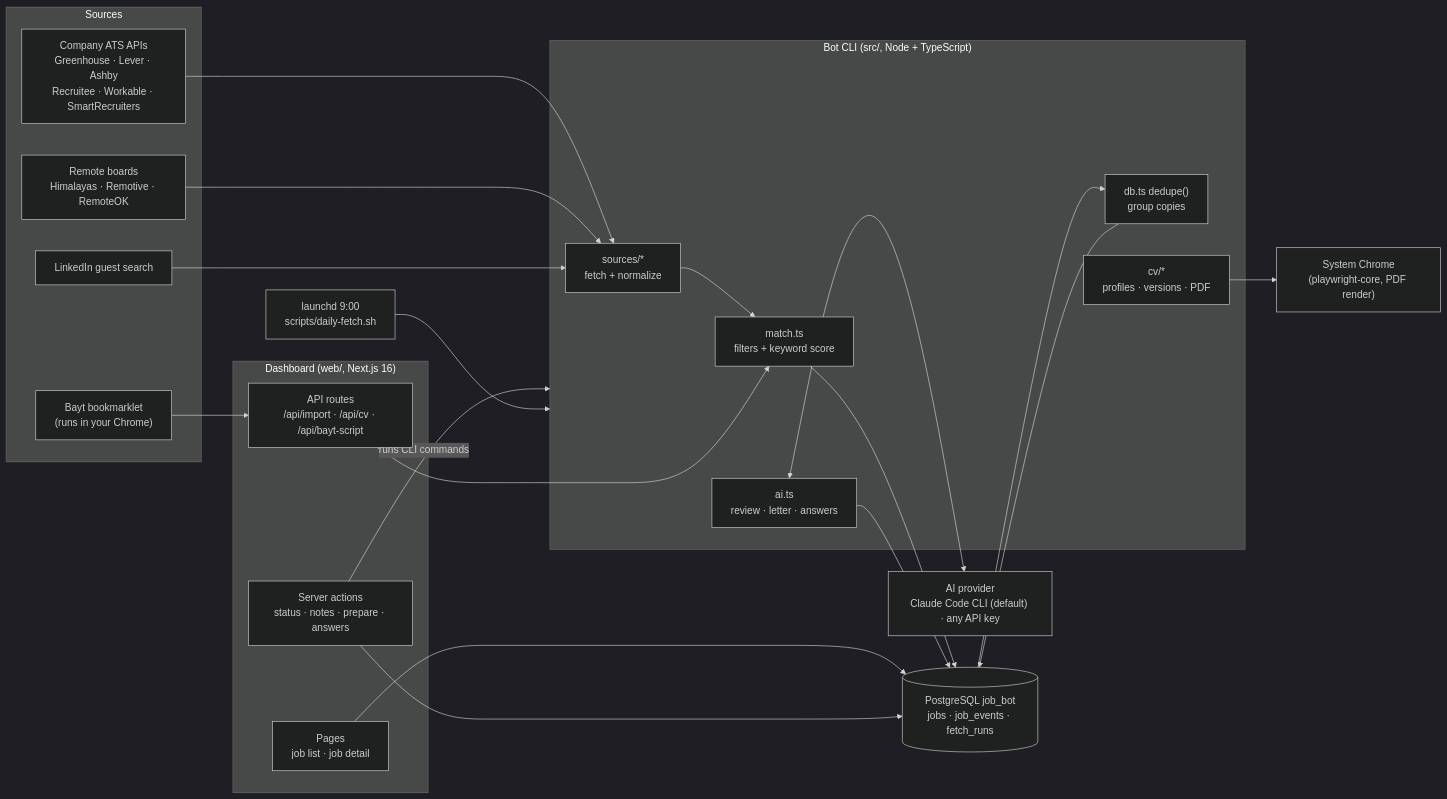
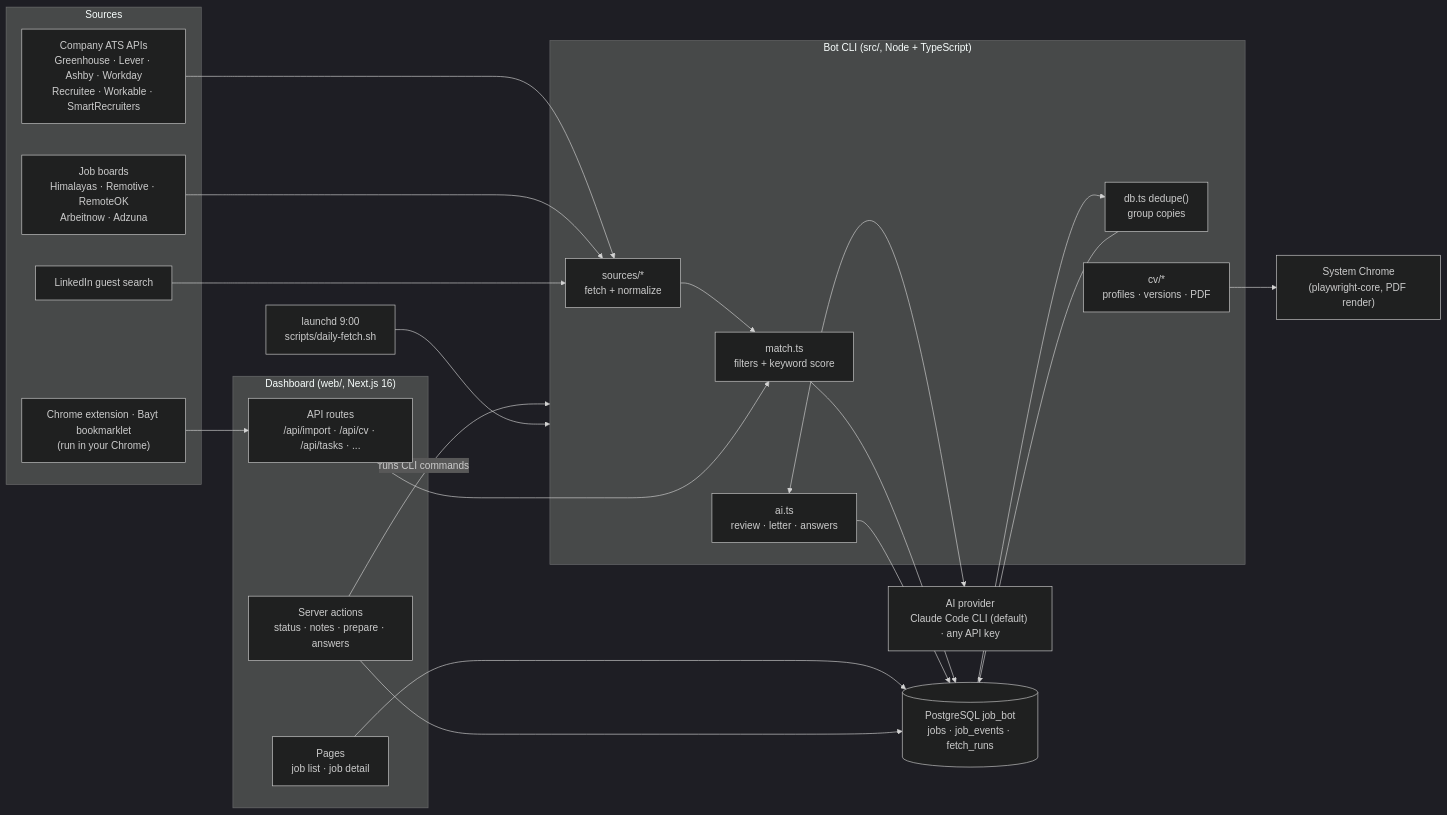
Before and after one commit to abdulrehmandar2234/job-bot: the diagram in README.md, drawn with Mermaid (dark theme). The commit also changed other lines of this file, not shown here.

````diff
--- a/README.md
+++ b/README.md
@@ -101,40 +107,40 @@
 ```mermaid
 flowchart LR
   subgraph Sources
-    ATS["Company ATS APIs<br/>Greenhouse · Lever · Ashby<br/>Recruitee · Workable · SmartRecruiters"]
-    Boards["Remote boards<br/>Himalayas · Remotive · RemoteOK"]
+    ATS["Company ATS APIs<br/>Greenhouse · Lever · Ashby · Workday<br/>Recruitee · Workable · SmartRecruiters"]
+    Boards["Job boards<br/>Himalayas · Remotive · RemoteOK<br/>Arbeitnow · Adzuna"]
     LI["LinkedIn guest search"]
-    Bayt["Bayt bookmarklet<br/>(runs in your Chrome)"]
+    Bayt["Chrome extension · Bayt bookmarklet<br/>(run in your Chrome)"]
   end
 
   subgraph Bot["Bot CLI (src/, Node + TypeScript)"]
     Fetch["sources/*<br/>fetch + normalize"]
     Match["match.ts<br/>filters + keyword score"]
     Dedupe["db.ts dedupe()<br/>group copies"]
     AI["ai.ts<br/>review · letter · answers"]
     CV["cv/*<br/>profiles · versions · PDF"]
   end
 
   DB[("PostgreSQL job_bot<br/>jobs · job_events · fetch_runs")]
   Claude["AI provider<br/>Claude Code CLI (default) · any API key"]
   Chrome["System Chrome<br/>(playwright-core, PDF render)"]
 
   subgraph Web["Dashboard (web/, Next.js 16)"]
     Pages["Pages<br/>job list · job detail"]
     Actions["Server actions<br/>status · notes · prepare · answers"]
-    API["API routes<br/>/api/import · /api/cv · /api/bayt-script"]
+    API["API routes<br/>/api/import · /api/cv · /api/tasks · ..."]
   end
 
   Launchd["launchd 9:00<br/>scripts/daily-fetch.sh"]
 
   ATS & Boards & LI --> Fetch --> Match --> DB
   Bayt --> API --> Match
   DB --> Dedupe --> DB
   AI <--> Claude
   AI --> DB
   CV --> Chrome
   Pages --> DB
   Actions --> DB
   Actions -- "runs CLI commands" --> Bot
   Launchd --> Bot
 ```
````
